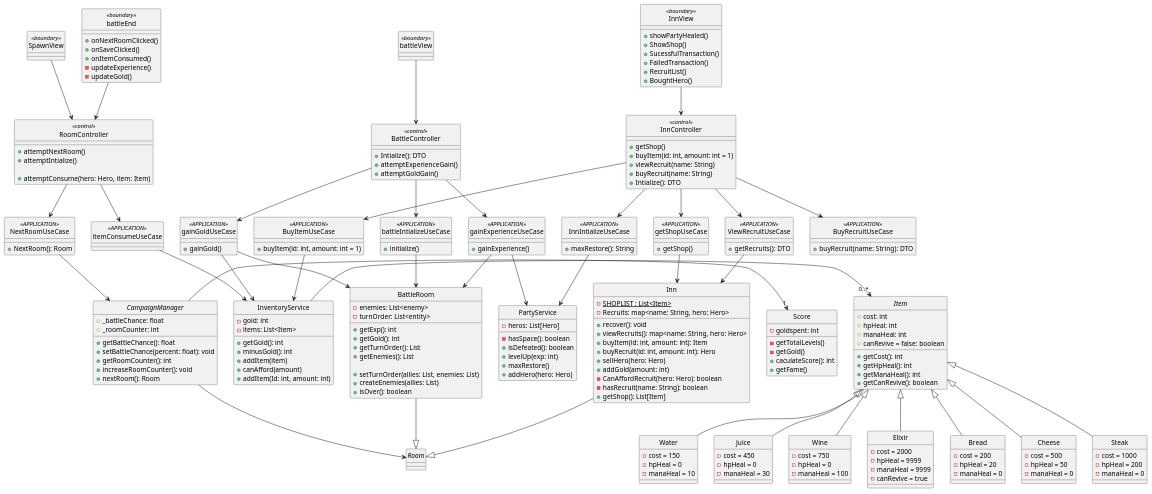
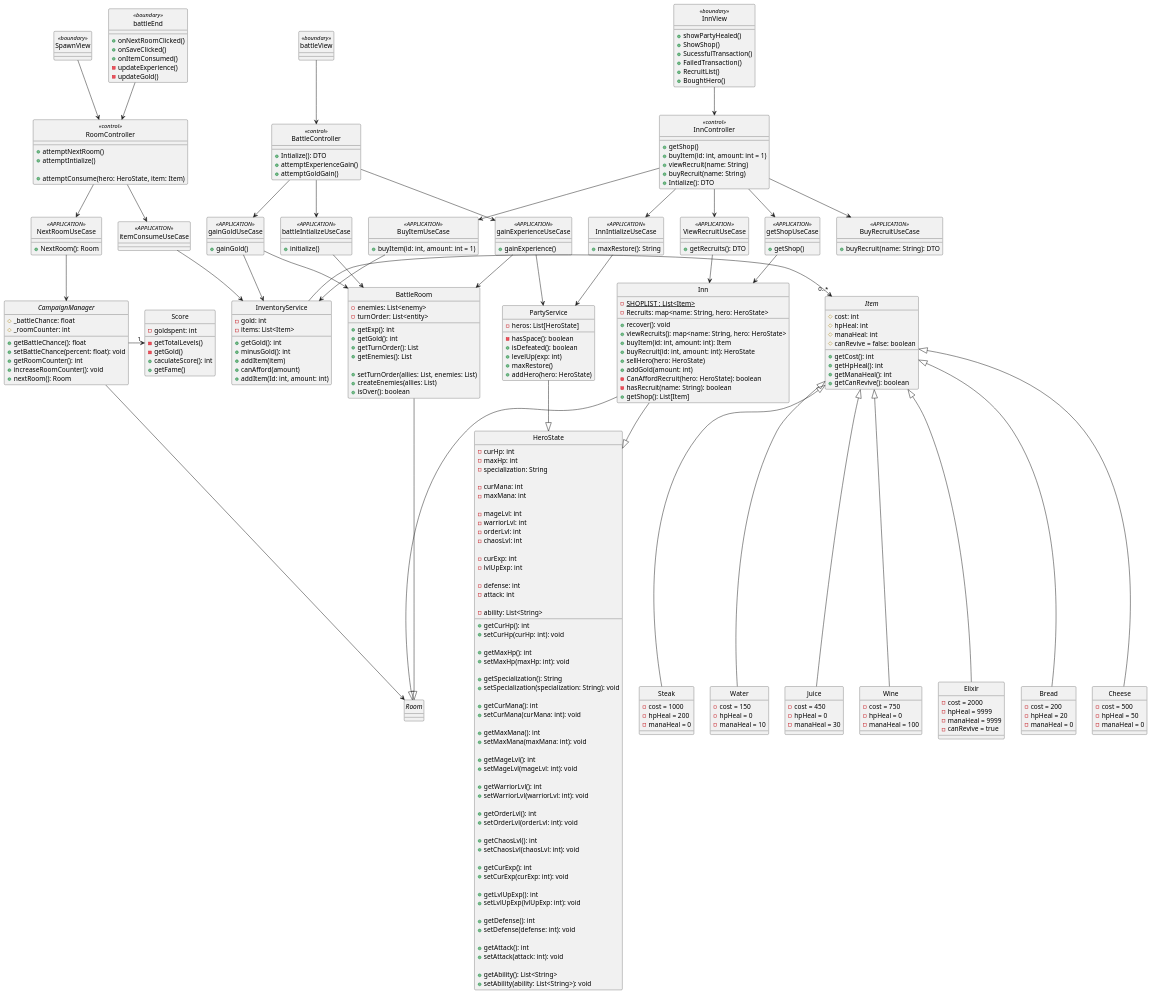
Before and after one commit to JosefG50/2203-Legends-of-Sword-and-Wand: the diagram in rpg-legends/campaign-progression/docs/uml/services/class/inn.puml, drawn with PlantUML. The commit also changed 1 other file, not shown here.

Commit message:
[feat] replaced foreign Hero class with internal HeroState

```diff
--- a/rpg-legends/campaign-progression/docs/uml/services/class/inn.puml
+++ b/rpg-legends/campaign-progression/docs/uml/services/class/inn.puml
@@ -41,7 +41,7 @@
     + attemptNextRoom()
     + attemptIntialize()
 
-    + attemptConsume(hero: Hero, item: Item)
+    + attemptConsume(hero: HeroState, item: Item)
 }
 
 class gainExperienceUseCase <<APPLICATION>>{
@@ -81,15 +81,15 @@
 
 class Inn {
     - {static} SHOPLIST : List<Item>
-    - Recruits: map<name: String, hero: Hero>
+    - Recruits: map<name: String, hero: HeroState>
 
     + recover(): void
-    + viewRecruits(): map<name: String, hero: Hero>
+    + viewRecruits(): map<name: String, hero: HeroState>
     + buyItem(id: int, amount: int): Item
-    + buyRecruit(id: int, amount: int): Hero
-    + sellHero(hero: Hero)
+    + buyRecruit(id: int, amount: int): HeroState
+    + sellHero(hero: HeroState)
     + addGold(amount: int)
-    - CanAffordRecruit(hero: Hero): boolean
+    - CanAffordRecruit(hero: HeroState): boolean
     - hasRecruit(name: String): boolean
     + getShop(): List[Item]
 }
@@ -109,13 +109,13 @@
 
 }
 class PartyService{
-    - heros: List[Hero]
+    - heros: List[HeroState]
 
     - hasSpace(): boolean
     + isDefeated(): boolean
     + levelUp(exp: int)
     + maxRestore()
-    + addHero(hero: Hero)
+    + addHero(hero: HeroState)
 }
 class InventoryService{
     - gold: int
@@ -146,10 +146,72 @@
 }
 
 
-abstract class Room{
+interface Room{
 
 }
+class HeroState {
+    - curHp: int
+    - maxHp: int
+    - specialization: String
 
+    - curMana: int
+    - maxMana: int
+
+    - mageLvl: int
+    - warriorLvl: int
+    - orderLvl: int
+    - chaosLvl: int
+
+    - curExp: int
+    - lvlUpExp: int
+
+    - defense: int
+    - attack: int
+
+    - ability: List<String>
+
+    + getCurHp(): int
+    + setCurHp(curHp: int): void
+
+    + getMaxHp(): int
+    + setMaxHp(maxHp: int): void
+
+    + getSpecialization(): String
+    + setSpecialization(specialization: String): void
+
+    + getCurMana(): int
+    + setCurMana(curMana: int): void
+
+    + getMaxMana(): int
+    + setMaxMana(maxMana: int): void
+
+    + getMageLvl(): int
+    + setMageLvl(mageLvl: int): void
+
+    + getWarriorLvl(): int
+    + setWarriorLvl(warriorLvl: int): void
+
+    + getOrderLvl(): int
+    + setOrderLvl(orderLvl: int): void
+
+    + getChaosLvl(): int
+    + setChaosLvl(chaosLvl: int): void
+
+    + getCurExp(): int
+    + setCurExp(curExp: int): void
+
+    + getLvlUpExp(): int
+    + setLvlUpExp(lvlUpExp: int): void
+
+    + getDefense(): int
+    + setDefense(defense: int): void
+
+    + getAttack(): int
+    + setAttack(attack: int): void
+
+    + getAbility(): List<String>
+    + setAbility(ability: List<String>): void
+}
 abstract class Item{
     # cost: int
     # hpHeal: int
@@ -241,6 +303,8 @@
 
 Inn  --|> Room
 BattleRoom  --|> Room
+Inn --|> HeroState
+PartyService --|> HeroState
 
 
 CampaignManager -> "1" Score
```
